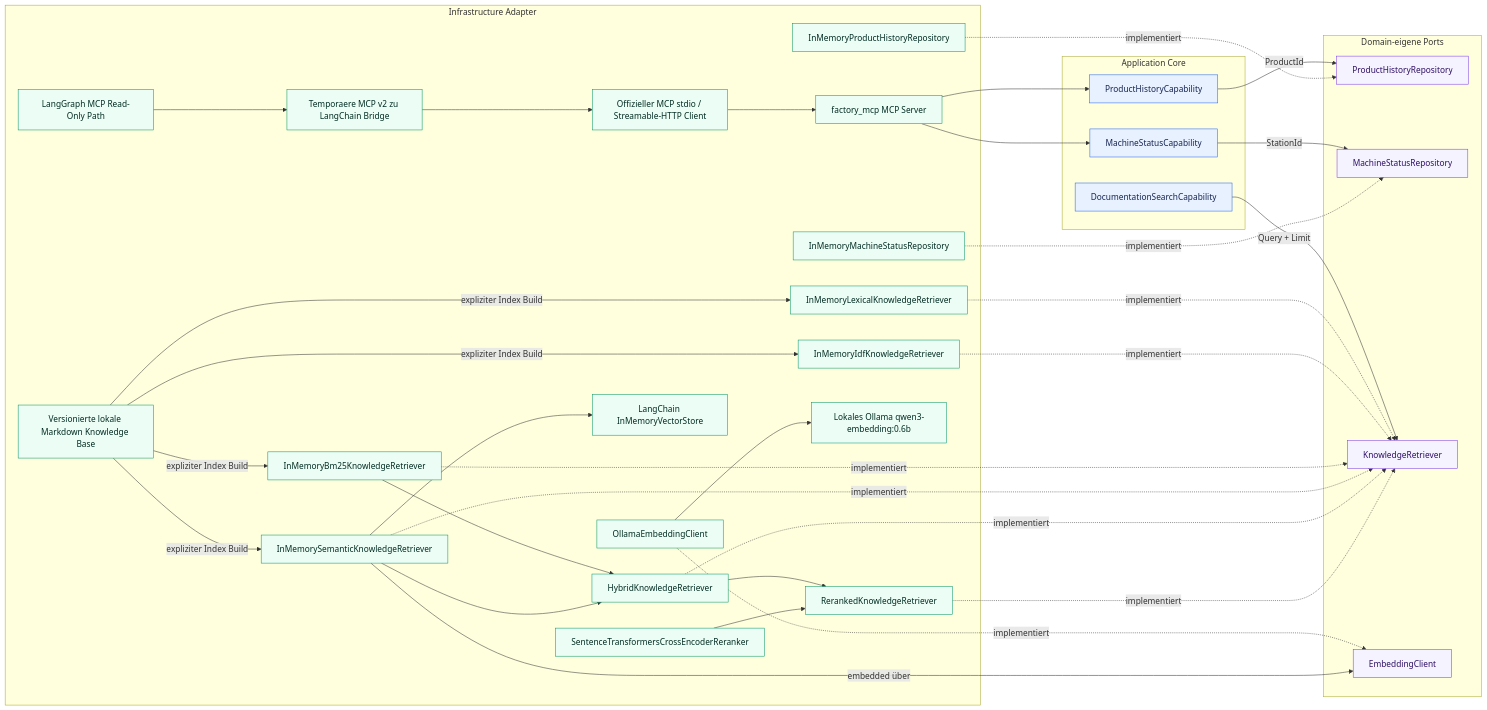
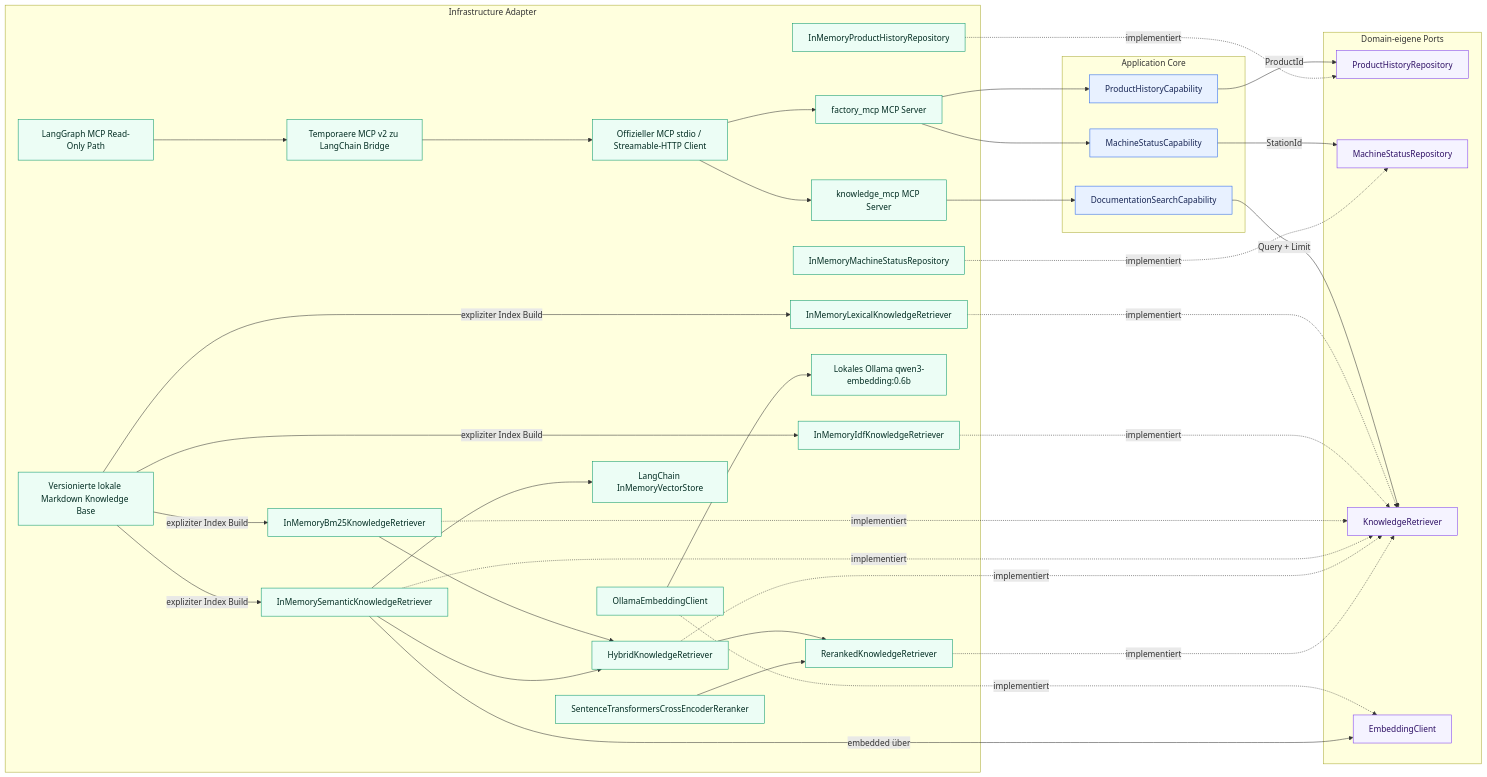
The first of 11 diagrams in docs/architecture/overview.de.md (aboerzel/industrial-ai-agent), drawn with Mermaid before and after one commit. The commit also changed other lines of this file and 29 other files, not shown here.

Commit message:
feat: add knowledge MCP service and multi-server integration

````diff
--- a/docs/architecture/overview.de.md
+++ b/docs/architecture/overview.de.md
@@ -35,71 +35,74 @@
 ```mermaid
 flowchart LR
     subgraph Core["Application Core"]
         PHC["ProductHistoryCapability"]
         MSC["MachineStatusCapability"]
         DSC["DocumentationSearchCapability"]
     end
 
     subgraph Ports["Domain-eigene Ports"]
         PHR["ProductHistoryRepository"]
         MSR["MachineStatusRepository"]
         KR["KnowledgeRetriever"]
         EP["EmbeddingClient"]
     end
 
     subgraph Infrastructure["Infrastructure Adapter"]
         PHM["InMemoryProductHistoryRepository"]
         MSM["InMemoryMachineStatusRepository"]
         LKR["InMemoryLexicalKnowledgeRetriever"]
         IDF["InMemoryIdfKnowledgeRetriever"]
         BM25["InMemoryBm25KnowledgeRetriever"]
         SEM["InMemorySemanticKnowledgeRetriever"]
         HYB["HybridKnowledgeRetriever"]
         RER["RerankedKnowledgeRetriever"]
         CEP["SentenceTransformersCrossEncoderReranker"]
         OEC["OllamaEmbeddingClient"]
         VEC["LangChain InMemoryVectorStore"]
         KB["Versionierte lokale Markdown Knowledge Base"]
         OLLAMA["Lokales Ollama qwen3-embedding:0.6b"]
         FMCP["factory_mcp MCP Server"]
+        KMCP["knowledge_mcp MCP Server"]
         MCPCLIENT["Offizieller MCP stdio / Streamable-HTTP Client"]
         MCPBRIDGE["Temporaere MCP v2 zu LangChain Bridge"]
         LG["LangGraph MCP Read-Only Path"]
     end
 
     PHC -->|"ProductId"| PHR
     MSC -->|"StationId"| MSR
     DSC -->|"Query + Limit"| KR
     PHM -.->|"implementiert"| PHR
     MSM -.->|"implementiert"| MSR
     LKR -.->|"implementiert"| KR
     IDF -.->|"implementiert"| KR
     BM25 -.->|"implementiert"| KR
     SEM -.->|"implementiert"| KR
     HYB -.->|"implementiert"| KR
     RER -.->|"implementiert"| KR
     OEC -.->|"implementiert"| EP
     KB -->|"expliziter Index Build"| LKR
     KB -->|"expliziter Index Build"| IDF
     KB -->|"expliziter Index Build"| BM25
     KB -->|"expliziter Index Build"| SEM
     BM25 --> HYB
     SEM --> HYB
     HYB --> RER
     CEP --> RER
     SEM -->|"embedded über"| EP
     SEM --> VEC
     OEC --> OLLAMA
     FMCP --> PHC
     FMCP --> MSC
+    KMCP --> DSC
     MCPCLIENT --> FMCP
+    MCPCLIENT --> KMCP
     LG --> MCPBRIDGE
     MCPBRIDGE --> MCPCLIENT
 
     classDef core fill:#e8f1ff,stroke:#2563eb,color:#172554
     classDef port fill:#f5f3ff,stroke:#7c3aed,color:#2e1065
     classDef adapter fill:#ecfdf5,stroke:#059669,color:#022c22
     class PHC,MSC,DSC core
     class PHR,MSR,KR,EP port
-    class PHM,MSM,LKR,IDF,BM25,SEM,HYB,RER,CEP,OEC,VEC,KB,OLLAMA,FMCP,MCPCLIENT,MCPBRIDGE,LG adapter
+    class PHM,MSM,LKR,IDF,BM25,SEM,HYB,RER,CEP,OEC,VEC,KB,OLLAMA,FMCP,KMCP,MCPCLIENT,MCPBRIDGE,LG adapter
 ```
````
